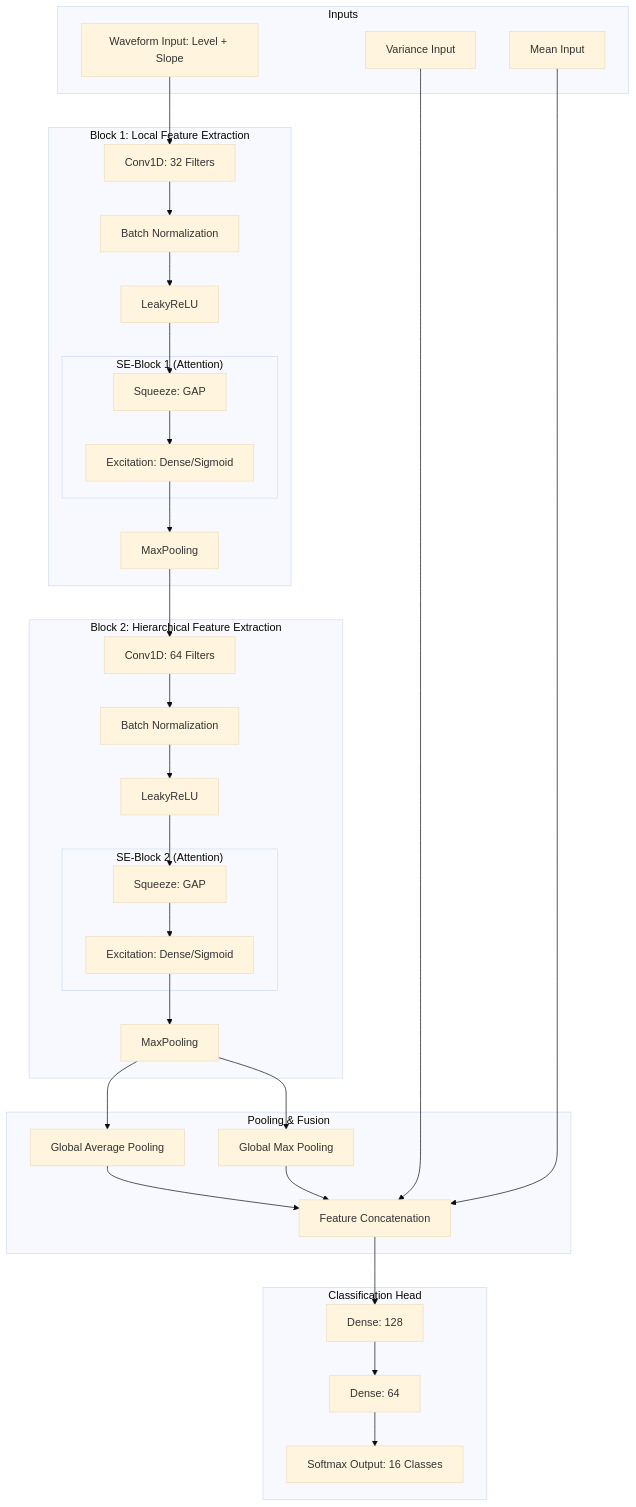
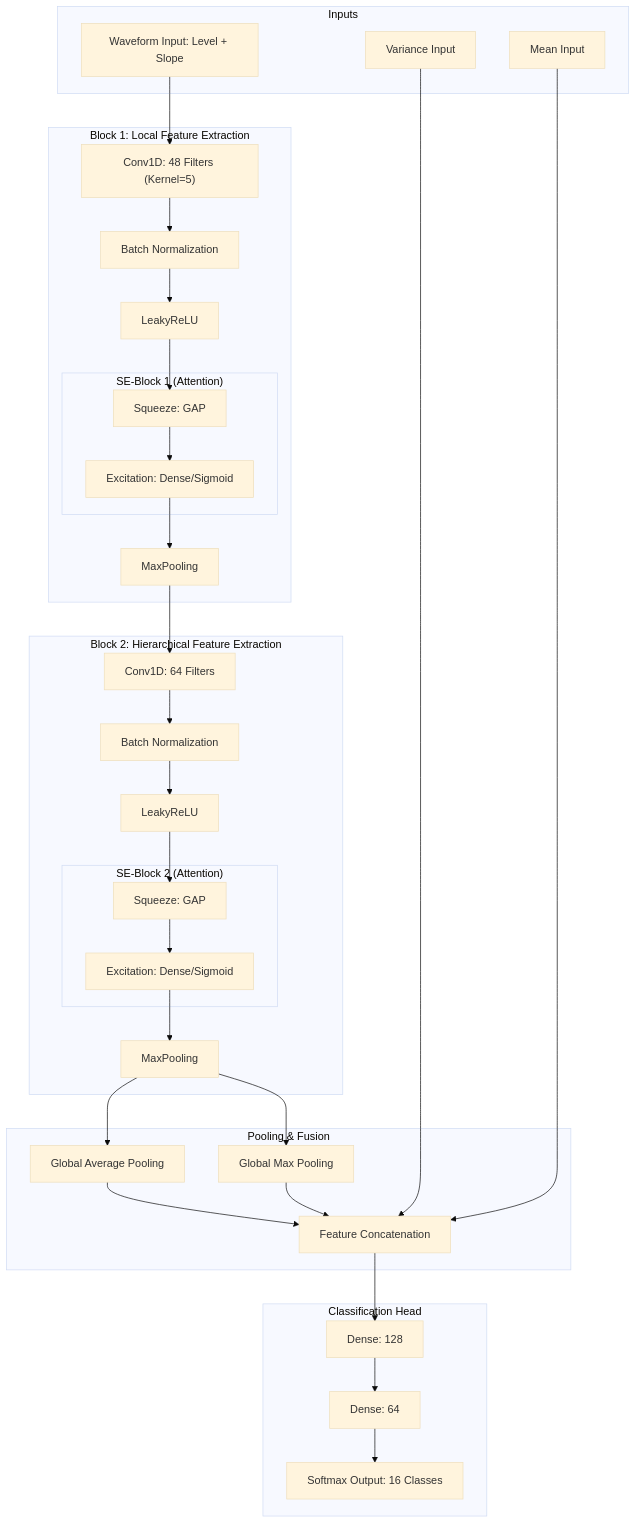
The diagram in readme.md (a3636588a/RESTCN_Training_platform), drawn with Mermaid (base theme) before and after one commit. The commit also changed other lines of this file and 220 other files, not shown here.

````diff
--- a/readme.md
+++ b/readme.md
@@ -18,55 +18,55 @@
 ```mermaid
 graph TD
     subgraph Inputs
         W[Waveform Input: Level + Slope]
         V[Variance Input]
         M[Mean Input]
     end
 
     subgraph "Block 1: Local Feature Extraction"
-        C1[Conv1D: 32 Filters]
+        C1["Conv1D: 48 Filters (Kernel=5)"]
         BN1[Batch Normalization]
         L1[LeakyReLU]
         subgraph "SE-Block 1 (Attention)"
             SQ1[Squeeze: GAP]
             EX1[Excitation: Dense/Sigmoid]
         end
         P1[MaxPooling]
     end
 
     subgraph "Block 2: Hierarchical Feature Extraction"
         C2[Conv1D: 64 Filters]
         BN2[Batch Normalization]
         L2[LeakyReLU]
         subgraph "SE-Block 2 (Attention)"
             SQ2[Squeeze: GAP]
             EX2[Excitation: Dense/Sigmoid]
         end
         P2[MaxPooling]
     end
 
     subgraph "Pooling & Fusion"
         GAP[Global Average Pooling]
         GMP[Global Max Pooling]
         Cat[Feature Concatenation]
     end
 
     subgraph "Classification Head"
         D1[Dense: 128]
         D2[Dense: 64]
         Out[Softmax Output: 16 Classes]
     end
 
     W --> C1 --> BN1 --> L1 --> SQ1 --> EX1 --> P1
     P1 --> C2 --> BN2 --> L2 --> SQ2 --> EX2 --> P2
     
     P2 --> GAP
     P2 --> GMP
     
     GAP --> Cat
     GMP --> Cat
     V --> Cat
     M --> Cat
     
     Cat --> D1 --> D2 --> Out
 ```
````
